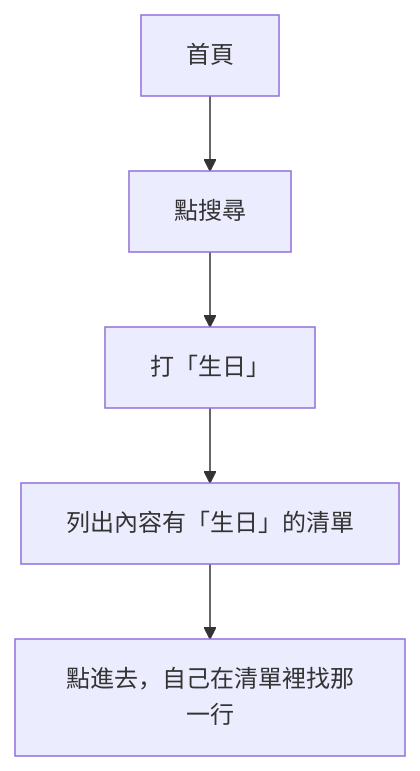
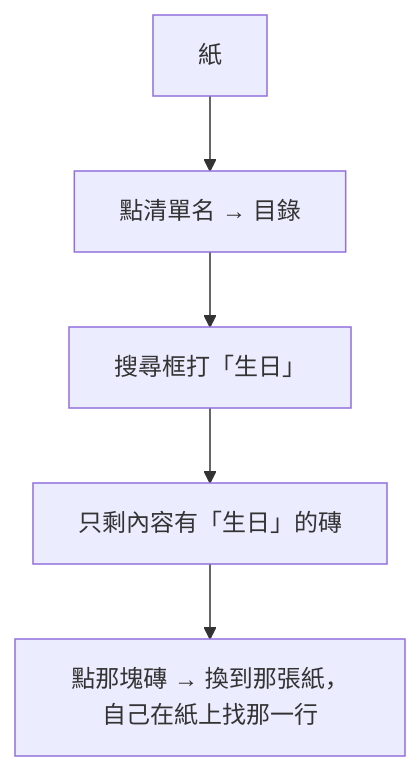
The third of 7 diagrams in .uiux/02-流程-暫定.md (domyweb666/qieji-app), drawn with Mermaid before and after one commit. The commit also changed other lines of this file and 9 other files, not shown here.

````diff
--- a/.uiux/02-流程-暫定.md
+++ b/.uiux/02-流程-暫定.md
@@ -71,7 +71,7 @@
 ```mermaid
 flowchart TD
-  A[首頁] --> B[點搜尋]
-  B --> C[打「生日」]
-  C --> D[列出內容有「生日」的清單]
-  D --> E[點進去，自己在清單裡找那一行]
+  A[紙] --> B[點清單名 → 目錄]
+  B --> C[搜尋框打「生日」]
+  C --> D[只剩內容有「生日」的磚]
+  D --> E[點那塊磚 → 換到那張紙，自己在紙上找那一行]
 ```
````
